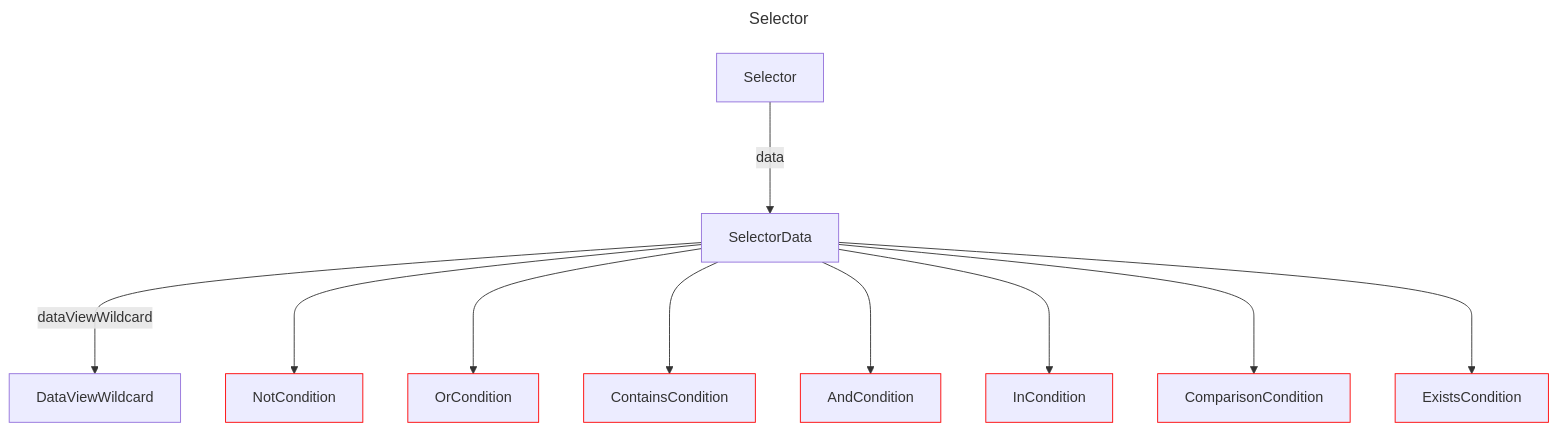
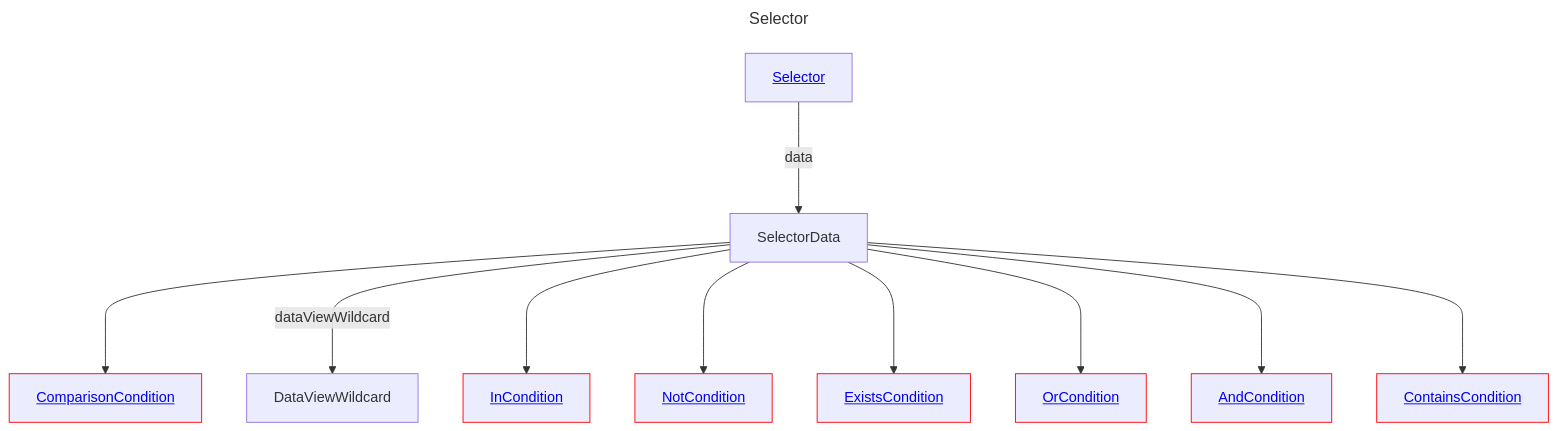
The diagram in docs/docs/layout/erd/Selector.md (douglassimonsen/pbi_core), drawn with Mermaid before and after one commit. The commit also changed 76 other files, not shown here.

````diff
--- a/docs/docs/layout/erd/Selector.md
+++ b/docs/docs/layout/erd/Selector.md
@@ -1,32 +1,32 @@
 ```mermaid
 ---
 title: Selector
 ---
 graph 
-2430071874368["ComparisonCondition"]
-style 2430071874368 stroke:#ff0000,stroke-width:1px
-2430071846064["ContainsCondition"]
-style 2430071846064 stroke:#ff0000,stroke-width:1px
-2430071879248["OrCondition"]
-style 2430071879248 stroke:#ff0000,stroke-width:1px
-2430071880224["NotCondition"]
-style 2430071880224 stroke:#ff0000,stroke-width:1px
-2430071878272["ExistsCondition"]
-style 2430071878272 stroke:#ff0000,stroke-width:1px
-2430071761152["DataViewWildcard"]
-2430071745536["Selector"]
-2430071747488["SelectorData"]
-2430071854848["InCondition"]
-style 2430071854848 stroke:#ff0000,stroke-width:1px
-2430071876320["AndCondition"]
-style 2430071876320 stroke:#ff0000,stroke-width:1px
-2430071745536 --->|data| 2430071747488
-2430071747488 --->|dataViewWildcard| 2430071761152
-2430071747488 ---> 2430071880224
-2430071747488 ---> 2430071879248
-2430071747488 ---> 2430071846064
-2430071747488 ---> 2430071876320
-2430071747488 ---> 2430071854848
-2430071747488 ---> 2430071874368
-2430071747488 ---> 2430071878272
+AndCondition[<a href='/layout/erd/AndCondition'>AndCondition</a>]
+style AndCondition stroke:#ff0000,stroke-width:1px
+ComparisonCondition[<a href='/layout/erd/ComparisonCondition'>ComparisonCondition</a>]
+style ComparisonCondition stroke:#ff0000,stroke-width:1px
+ContainsCondition[<a href='/layout/erd/ContainsCondition'>ContainsCondition</a>]
+style ContainsCondition stroke:#ff0000,stroke-width:1px
+DataViewWildcard[DataViewWildcard]
+ExistsCondition[<a href='/layout/erd/ExistsCondition'>ExistsCondition</a>]
+style ExistsCondition stroke:#ff0000,stroke-width:1px
+InCondition[<a href='/layout/erd/InCondition'>InCondition</a>]
+style InCondition stroke:#ff0000,stroke-width:1px
+NotCondition[<a href='/layout/erd/NotCondition'>NotCondition</a>]
+style NotCondition stroke:#ff0000,stroke-width:1px
+OrCondition[<a href='/layout/erd/OrCondition'>OrCondition</a>]
+style OrCondition stroke:#ff0000,stroke-width:1px
+Selector[<a href='/layout/erd/Selector'>Selector</a>]
+SelectorData[SelectorData]
+SelectorData ---> ComparisonCondition
+SelectorData --->|dataViewWildcard| DataViewWildcard
+SelectorData ---> InCondition
+SelectorData ---> NotCondition
+SelectorData ---> ExistsCondition
+SelectorData ---> OrCondition
+SelectorData ---> AndCondition
+Selector --->|data| SelectorData
+SelectorData ---> ContainsCondition
 ```
````
